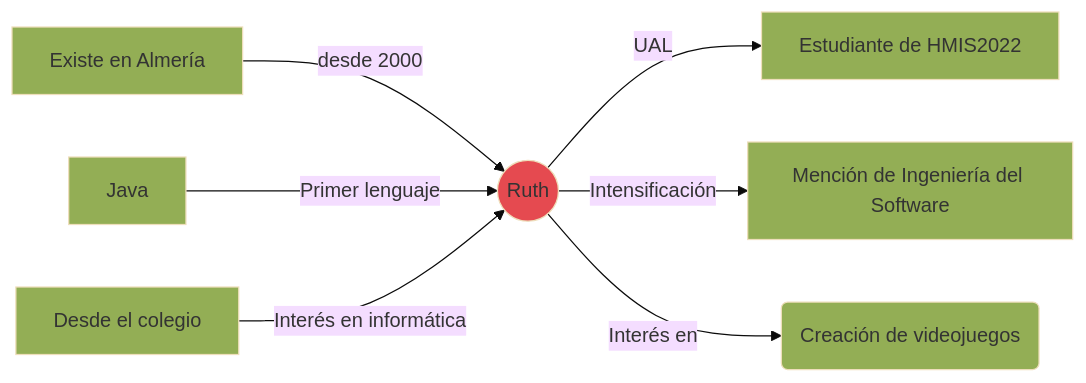
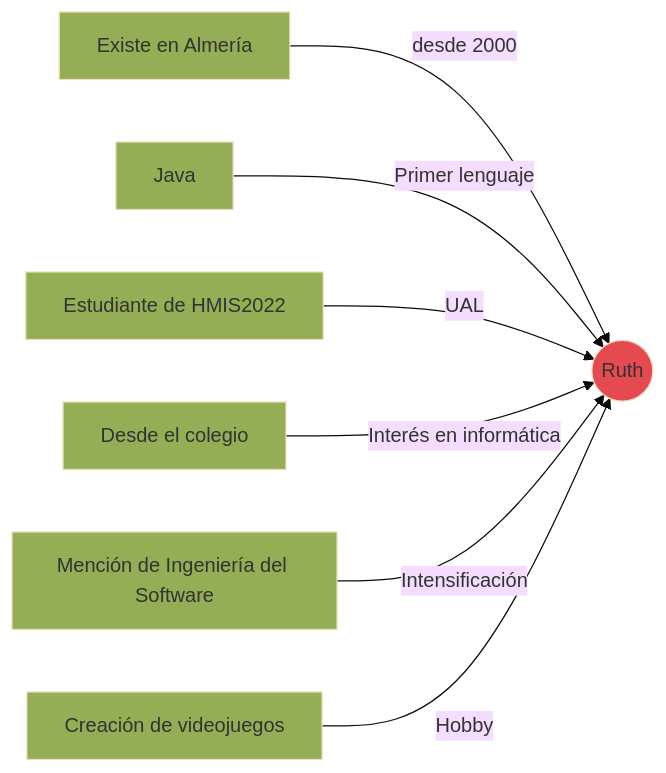
Before and after one commit to rk400/hmis-repo01: the diagram in README.md, drawn with Mermaid (base theme).

Commit message:
Actualización desde branch01

`````diff
--- a/README.md
+++ b/README.md
@@ -4,16 +4,16 @@
 ````mermaid
 graph LR
     A[Existe en Almería] -->|desde 2000| B((Ruth))
     C[Java] -->|Primer lenguaje| B
+    F[Estudiante de HMIS2022] -->|UAL| B
     E[Desde el colegio] --> |Interés en informática| B
-    B -->|UAL| F[Estudiante de HMIS2022]
-    B -->|Intensificación| M[Mención de Ingeniería del Software]
-    B -->|Interés en| G(Creación de videojuegos)
+    M[Mención de Ingeniería del Software] --> |Intensificación| B
+    G[Creación de videojuegos] --> |Hobby| B
     style B fill:#E54A50
     style A fill:#93AE55
     style C fill:#93AE55
     style E fill:#93AE55
     style F fill:#93AE55
     style M fill:#93AE55
     style G fill:#93AE55
 ````
`````
